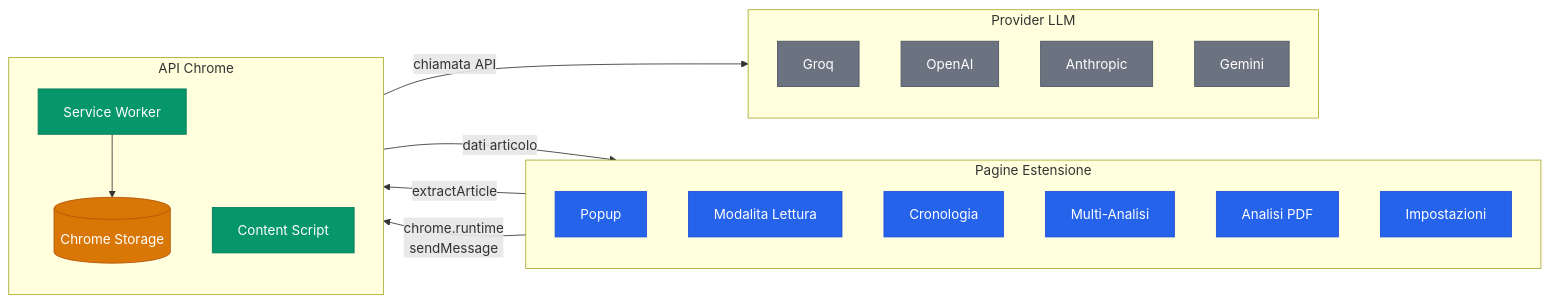
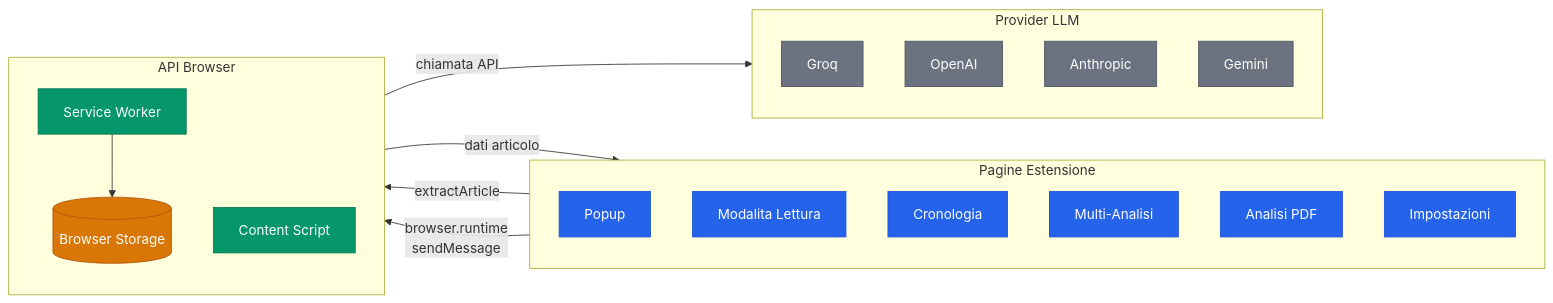
Before and after one commit to AndreaBonn/web-article-summarizer-firefox: the second of 2 diagrams in README.it.md, drawn with Mermaid. The commit also changed other lines of this file and 2 other files, not shown here.

````diff
--- a/README.it.md
+++ b/README.it.md
@@ -309,44 +314,44 @@
 ```mermaid
 %%{init: {'theme': 'default'}}%%
 graph LR
   subgraph pages["Pagine Estensione"]
     direction TB
     popup["Popup"]
     reading["Modalita Lettura"]
     history["Cronologia"]
     multi["Multi-Analisi"]
     pdf_page["Analisi PDF"]
     options["Impostazioni"]
   end
 
-  subgraph chrome_layer["API Chrome"]
+  subgraph browser_layer["API Browser"]
     direction TB
     sw["Service Worker"]
     cs["Content Script"]
-    storage[("Chrome Storage")]
+    storage[("Browser Storage")]
   end
 
   subgraph providers["Provider LLM"]
     direction TB
     groq["Groq"]
     openai["OpenAI"]
     anthropic["Anthropic"]
     gemini["Gemini"]
   end
 
   popup -->|"extractArticle"| cs
   cs -->|"dati articolo"| popup
-  pages -->|"chrome.runtime<br/>sendMessage"| sw
+  pages -->|"browser.runtime<br/>sendMessage"| sw
   sw --> storage
   sw -->|"chiamata API"| providers
 
   classDef core fill:#2563eb,stroke:#1d4ed8,color:#fff
   classDef data fill:#d97706,stroke:#b45309,color:#fff
   classDef ext fill:#6b7280,stroke:#4b5563,color:#fff
   classDef engine fill:#059669,stroke:#047857,color:#fff
 
   class popup,reading,history,multi,pdf_page,options core
   class sw,cs engine
   class storage data
   class groq,openai,anthropic,gemini ext
 ```
````
